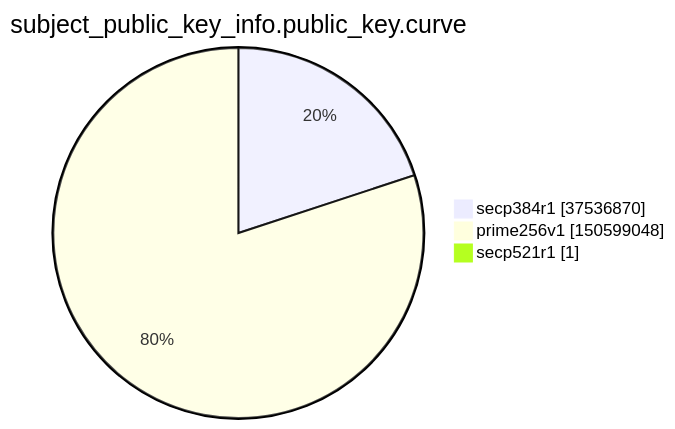
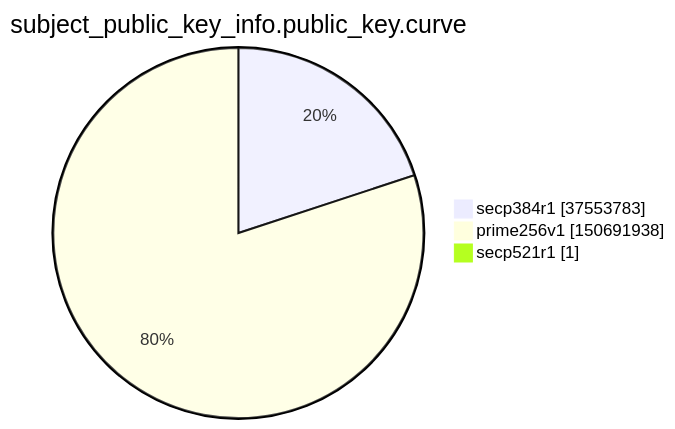
The ninth of 15 diagrams in xenon2022/README.md (christiankrug/ctmonitor_visualization), drawn with Mermaid before and after one commit. The commit also changed other lines of this file, not shown here.

````diff
--- a/xenon2022/README.md
+++ b/xenon2022/README.md
@@ -2858,7 +2858,7 @@
 ```mermaid
 pie showData
 title subject_public_key_info.public_key.curve
-"secp384r1" :37536870
-"prime256v1" :150599048
+"secp384r1" :37553783
+"prime256v1" :150691938
 "secp521r1" :1
 ```
````
